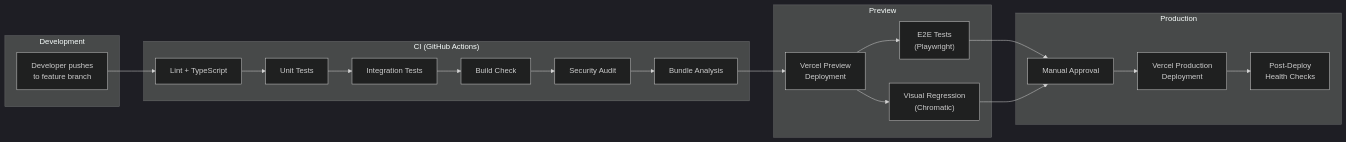
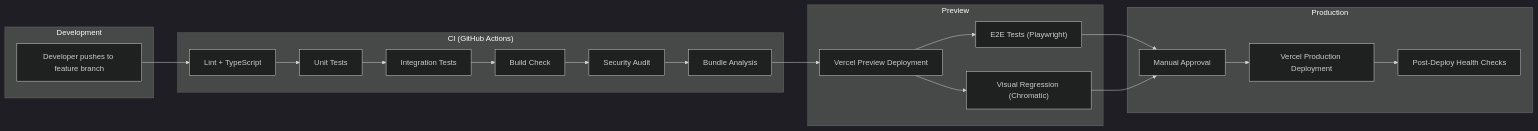
Before and after one commit to dharshan47/rrckitchen: the first of 2 diagrams in docs/14-deployment-devops.md, drawn with Mermaid (dark theme). The commit also changed other lines of this file and 273 other files, not shown here.

````diff
--- a/docs/14-deployment-devops.md
+++ b/docs/14-deployment-devops.md
@@ -11,41 +11,42 @@
 ```mermaid
-graph LR
+%%{init: {'flowchart': {'curve': 'basis', 'useMaxWidth': true}}}%%
+flowchart LR
     subgraph "Development"
-        DEV["Developer pushes<br/>to feature branch"]
+        DEV["Developer pushes to feature branch"]
     end
 
     subgraph "CI (GitHub Actions)"
         LINT["Lint + TypeScript"]
         UNIT["Unit Tests"]
         INT["Integration Tests"]
         BUILD["Build Check"]
         AUDIT["Security Audit"]
         BUNDLE["Bundle Analysis"]
     end
 
     subgraph "Preview"
-        PREV["Vercel Preview<br/>Deployment"]
-        E2E["E2E Tests<br/>(Playwright)"]
-        VISUAL["Visual Regression<br/>(Chromatic)"]
+        PREV["Vercel Preview Deployment"]
+        E2E["E2E Tests (Playwright)"]
+        VISUAL["Visual Regression (Chromatic)"]
     end
 
     subgraph "Production"
         APPROVE["Manual Approval"]
-        DEPLOY["Vercel Production<br/>Deployment"]
-        POST["Post-Deploy<br/>Health Checks"]
+        DEPLOY["Vercel Production Deployment"]
+        POST["Post-Deploy Health Checks"]
     end
 
     DEV --> LINT
     LINT --> UNIT
     UNIT --> INT
     INT --> BUILD
     BUILD --> AUDIT
     AUDIT --> BUNDLE
     BUNDLE --> PREV
     PREV --> E2E
     PREV --> VISUAL
     E2E --> APPROVE
     VISUAL --> APPROVE
     APPROVE --> DEPLOY
     DEPLOY --> POST
 ```
````
